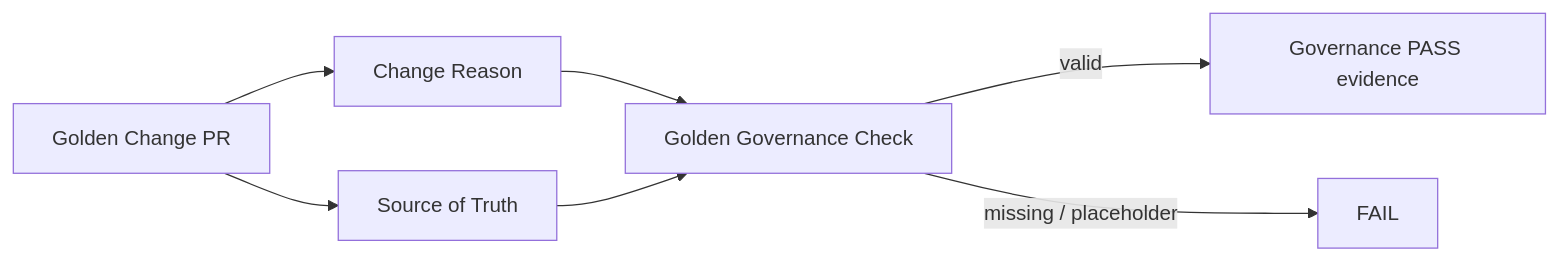
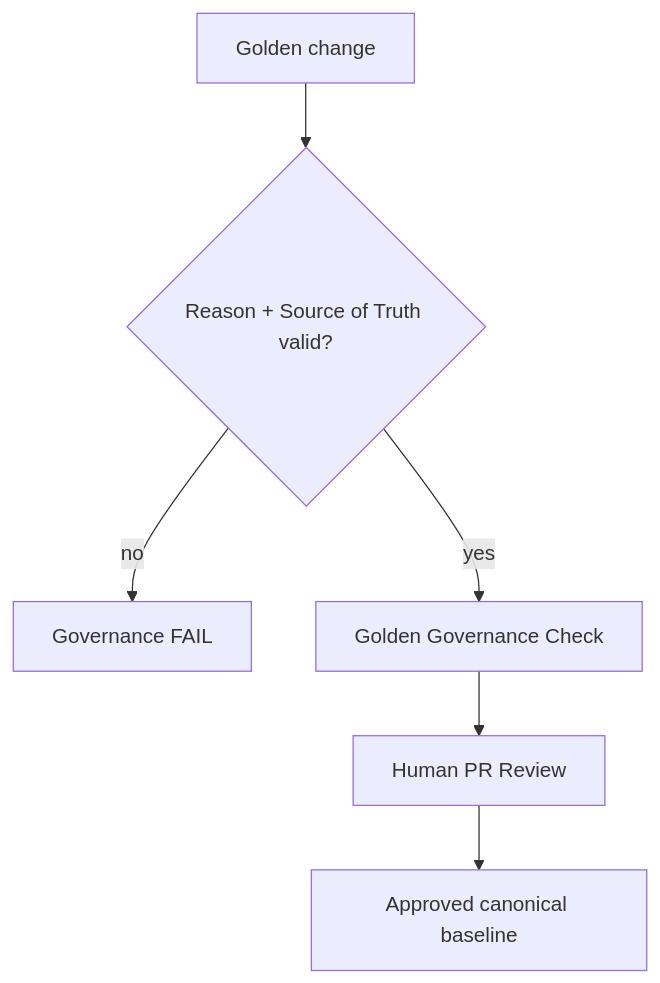
One commit to oleksandrserhieiev-beep/ai-qe-lab changed the fourth of 5 diagrams in docs/architecture.md. Above: the diagram before and after it, drawn with Mermaid. The commit also changed other lines of this file, not shown here.

````diff
--- a/docs/architecture.md
+++ b/docs/architecture.md
@@ -390,9 +185,8 @@
 ```mermaid
-flowchart LR
-    C[Golden Change PR] --> R[Change Reason]
-    C --> S[Source of Truth]
-    R --> G[Golden Governance Check]
-    S --> G
-    G -->|valid| P[Governance PASS evidence]
-    G -->|missing / placeholder| F[FAIL]
+flowchart TD
+    C["Golden change"] --> R{"Reason + Source of Truth valid?"}
+    R -->|no| F["Governance FAIL"]
+    R -->|yes| G["Golden Governance Check"]
+    G --> H["Human PR Review"]
+    H --> A["Approved canonical baseline"]
 ```
````
